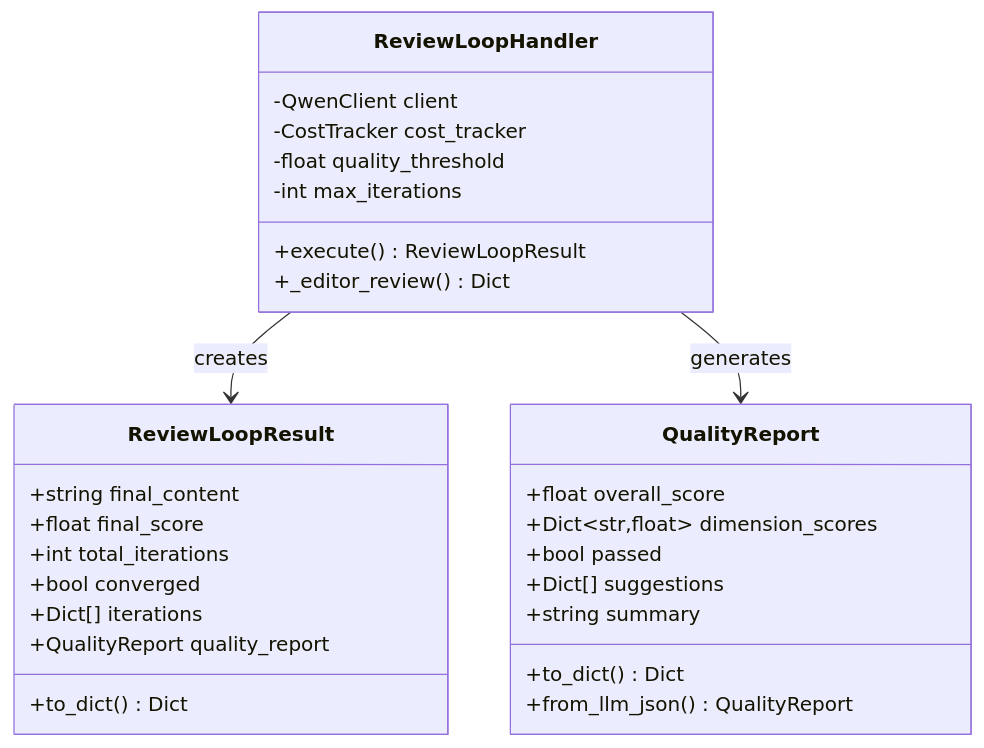
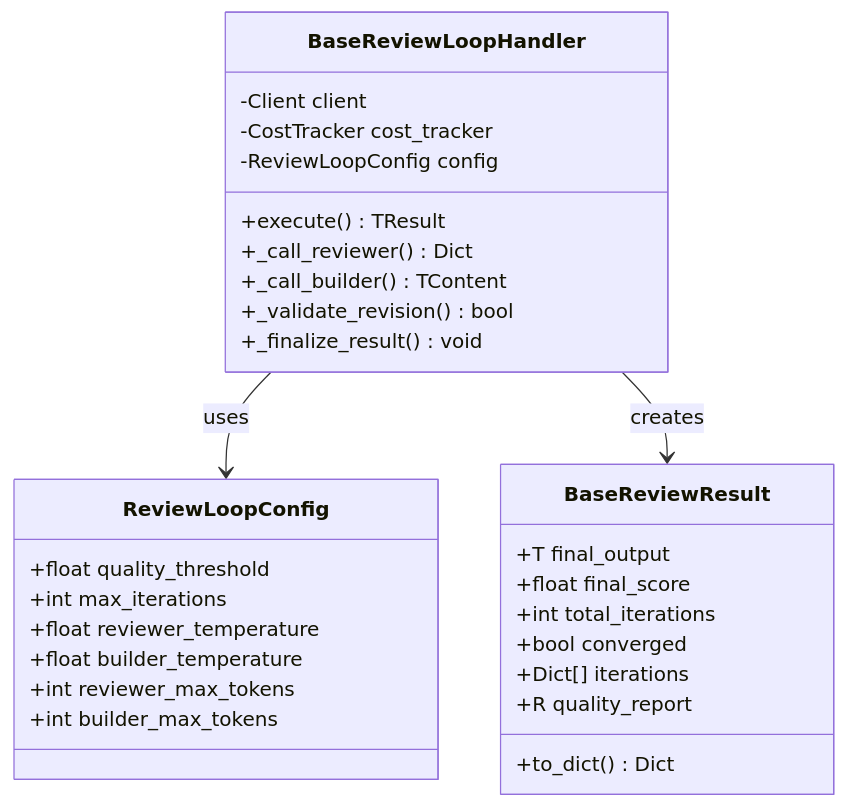
The sixth of 10 diagrams in .qoder/repowiki/zh/content/AI智能体系统/情节审查处理器.md (xfbyxq/ai-novel-system), drawn with Mermaid before and after one commit. The commit also changed other lines of this file and 84 other files, not shown here.

````diff
--- a/.qoder/repowiki/zh/content/AI智能体系统/情节审查处理器.md
+++ b/.qoder/repowiki/zh/content/AI智能体系统/情节审查处理器.md
@@ -247,31 +294,32 @@
 ```mermaid
 classDiagram
-class ReviewLoopResult {
-+string final_content
+class ReviewLoopConfig {
++float quality_threshold
++int max_iterations
++float reviewer_temperature
++float builder_temperature
++int reviewer_max_tokens
++int builder_max_tokens
+}
+class BaseReviewResult {
++T final_output
 +float final_score
 +int total_iterations
 +bool converged
 +Dict[] iterations
-+QualityReport quality_report
++R quality_report
 +to_dict() Dict
 }
-class ReviewLoopHandler {
--QwenClient client
+class BaseReviewLoopHandler {
+-Client client
 -CostTracker cost_tracker
--float quality_threshold
--int max_iterations
-+execute() ReviewLoopResult
-+_editor_review() Dict
+-ReviewLoopConfig config
++execute() TResult
++_call_reviewer() Dict
++_call_builder() TContent
++_validate_revision() bool
++_finalize_result() void
 }
-class QualityReport {
-+float overall_score
-+Dict~str,float~ dimension_scores
-+bool passed
-+Dict[] suggestions
-+string summary
-+to_dict() Dict
-+from_llm_json() QualityReport
-}
-ReviewLoopHandler --> ReviewLoopResult : creates
-ReviewLoopHandler --> QualityReport : generates
+BaseReviewLoopHandler --> ReviewLoopConfig : uses
+BaseReviewLoopHandler --> BaseReviewResult : creates
 ```
````
